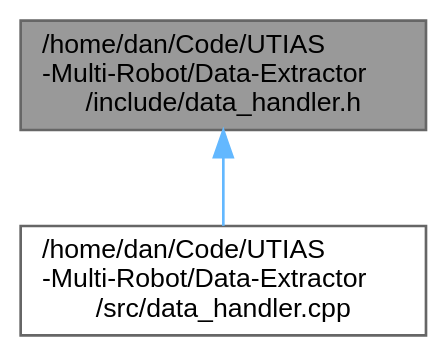
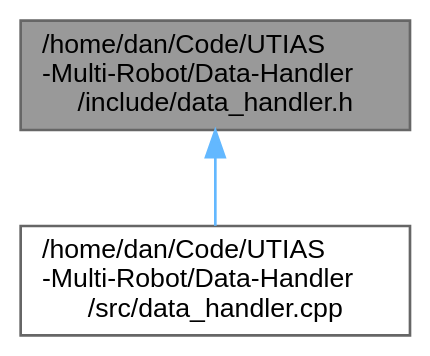
The diagram in docs/data__handler_8h__dep__incl.dot (DanielIngham/Cooperative-Positioning-Data-Handler), drawn with Graphviz before and after one commit. The commit also changed 62 other files, not shown here.

```diff
--- a/docs/data__handler_8h__dep__incl.dot
+++ b/docs/data__handler_8h__dep__incl.dot
@@ -1,10 +1,10 @@
-digraph "/home/dan/Code/UTIAS-Multi-Robot/Data-Extractor/include/data_handler.h"
+digraph "/home/dan/Code/UTIAS-Multi-Robot/Data-Handler/include/data_handler.h"
 {
  // LATEX_PDF_SIZE
   bgcolor="transparent";
   edge [fontname=Helvetica,fontsize=10,labelfontname=Helvetica,labelfontsize=10];
   node [fontname=Helvetica,fontsize=10,shape=box,height=0.2,width=0.4];
-  Node1 [id="Node000001",label="/home/dan/Code/UTIAS\l-Multi-Robot/Data-Extractor\l/include/data_handler.h",height=0.2,width=0.4,color="gray40", fillcolor="grey60", style="filled", fontcolor="black",tooltip=" "];
+  Node1 [id="Node000001",label="/home/dan/Code/UTIAS\l-Multi-Robot/Data-Handler\l/include/data_handler.h",height=0.2,width=0.4,color="gray40", fillcolor="grey60", style="filled", fontcolor="black",tooltip=" "];
   Node1 -> Node2 [id="edge1_Node000001_Node000002",dir="back",color="steelblue1",style="solid",tooltip=" "];
-  Node2 [id="Node000002",label="/home/dan/Code/UTIAS\l-Multi-Robot/Data-Extractor\l/src/data_handler.cpp",height=0.2,width=0.4,color="grey40", fillcolor="white", style="filled",URL="$data__handler_8cpp.html",tooltip=" "];
+  Node2 [id="Node000002",label="/home/dan/Code/UTIAS\l-Multi-Robot/Data-Handler\l/src/data_handler.cpp",height=0.2,width=0.4,color="grey40", fillcolor="white", style="filled",URL="$data__handler_8cpp.html",tooltip=" "];
 }
```
